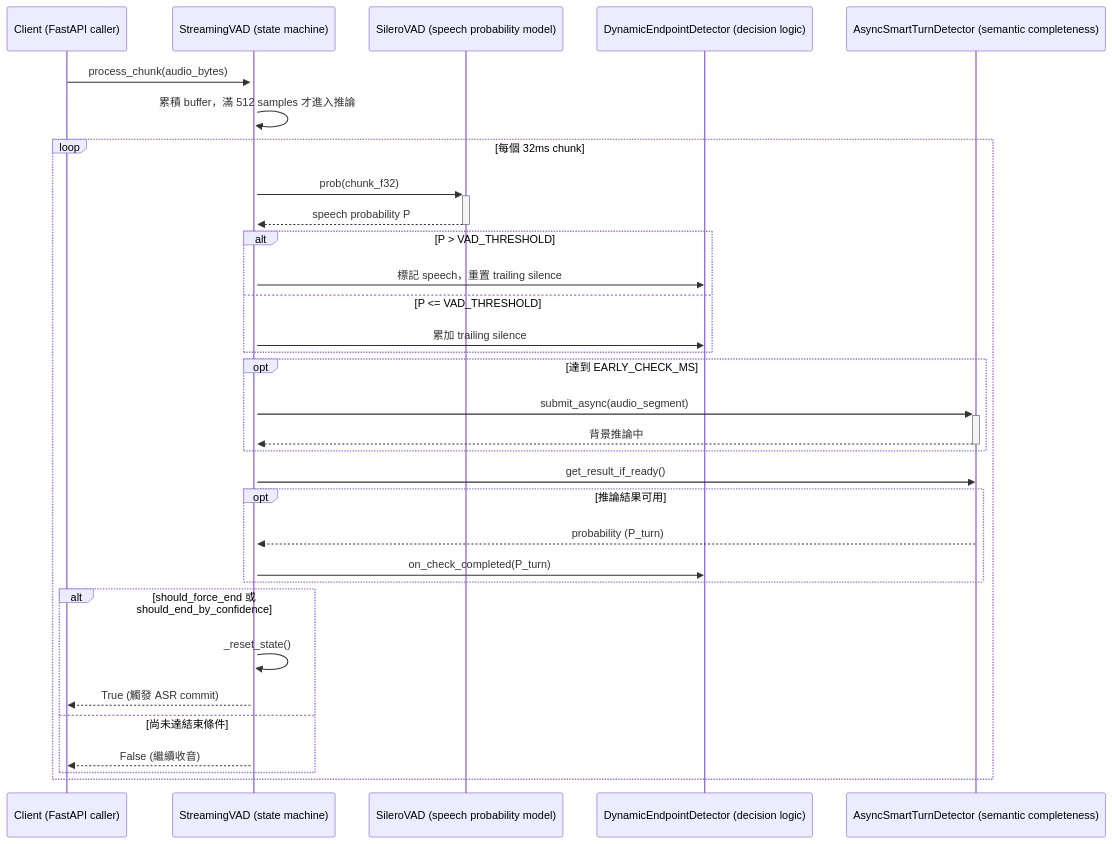
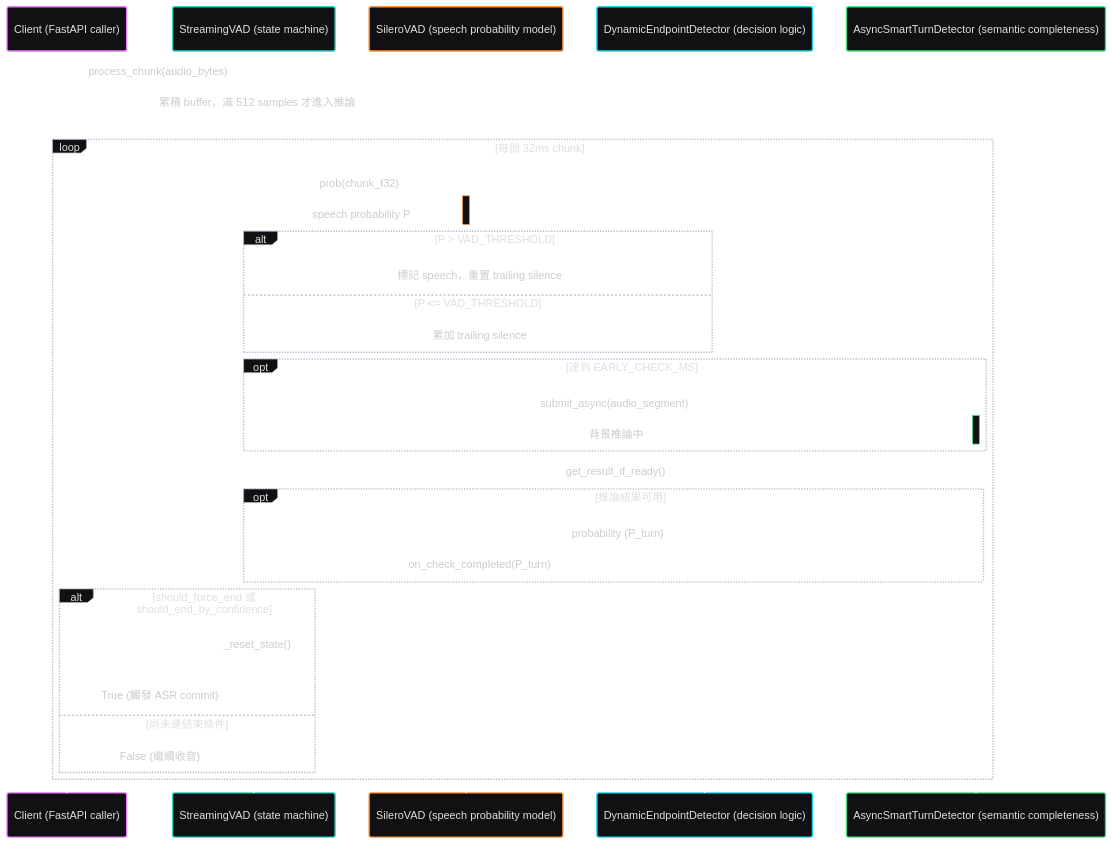
The diagram in vad.mmd (YENpsychopomp/fullduplex2V2), drawn with Mermaid before and after one commit. The commit also changed 1 other file, not shown here.

Commit message:
更新時序圖顏色

```diff
--- a/vad.mmd
+++ b/vad.mmd
@@ -1,38 +1,43 @@
+---
+config:
+  theme: redux-dark-color
+---
+
 sequenceDiagram
     participant client as Client (FastAPI caller)
     participant stream as StreamingVAD (state machine)
     participant silero as SileroVAD (speech probability model)
     participant logic as DynamicEndpointDetector (decision logic)
     participant smart as AsyncSmartTurnDetector (semantic completeness)
 
     client->>+stream: process_chunk(audio_bytes)
     stream->>stream: 累積 buffer，滿 512 samples 才進入推論
 
     loop 每個 32ms chunk
         stream->>+silero: prob(chunk_f32)
         silero-->>-stream: speech probability P
 
         alt P > VAD_THRESHOLD
             stream->>logic: 標記 speech，重置 trailing silence
         else P <= VAD_THRESHOLD
             stream->>logic: 累加 trailing silence
         end
 
         opt 達到 EARLY_CHECK_MS
             stream->>+smart: submit_async(audio_segment)
             smart-->>-stream: 背景推論中
         end
 
         stream->>smart: get_result_if_ready()
         opt 推論結果可用
             smart-->>stream: probability (P_turn)
             stream->>logic: on_check_completed(P_turn)
         end
 
         alt should_force_end 或 should_end_by_confidence
             stream->>stream: _reset_state()
             stream-->>client: True (觸發 ASR commit)
         else 尚未達結束條件
             stream-->>client: False (繼續收音)
         end
     end
```
